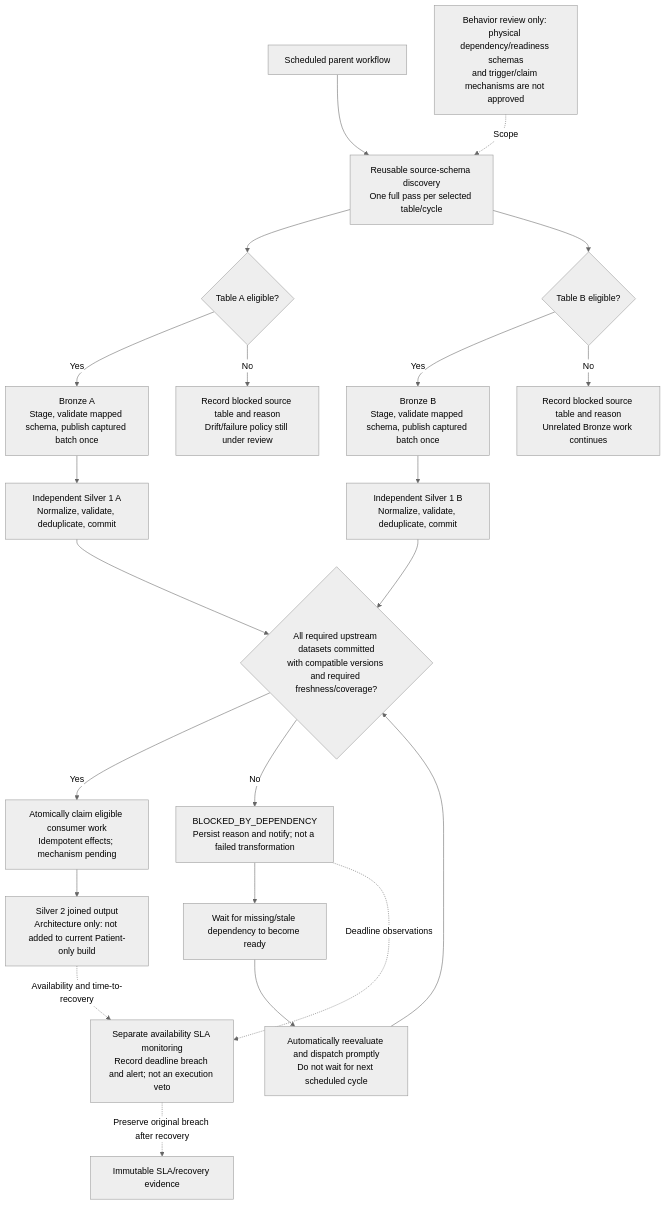
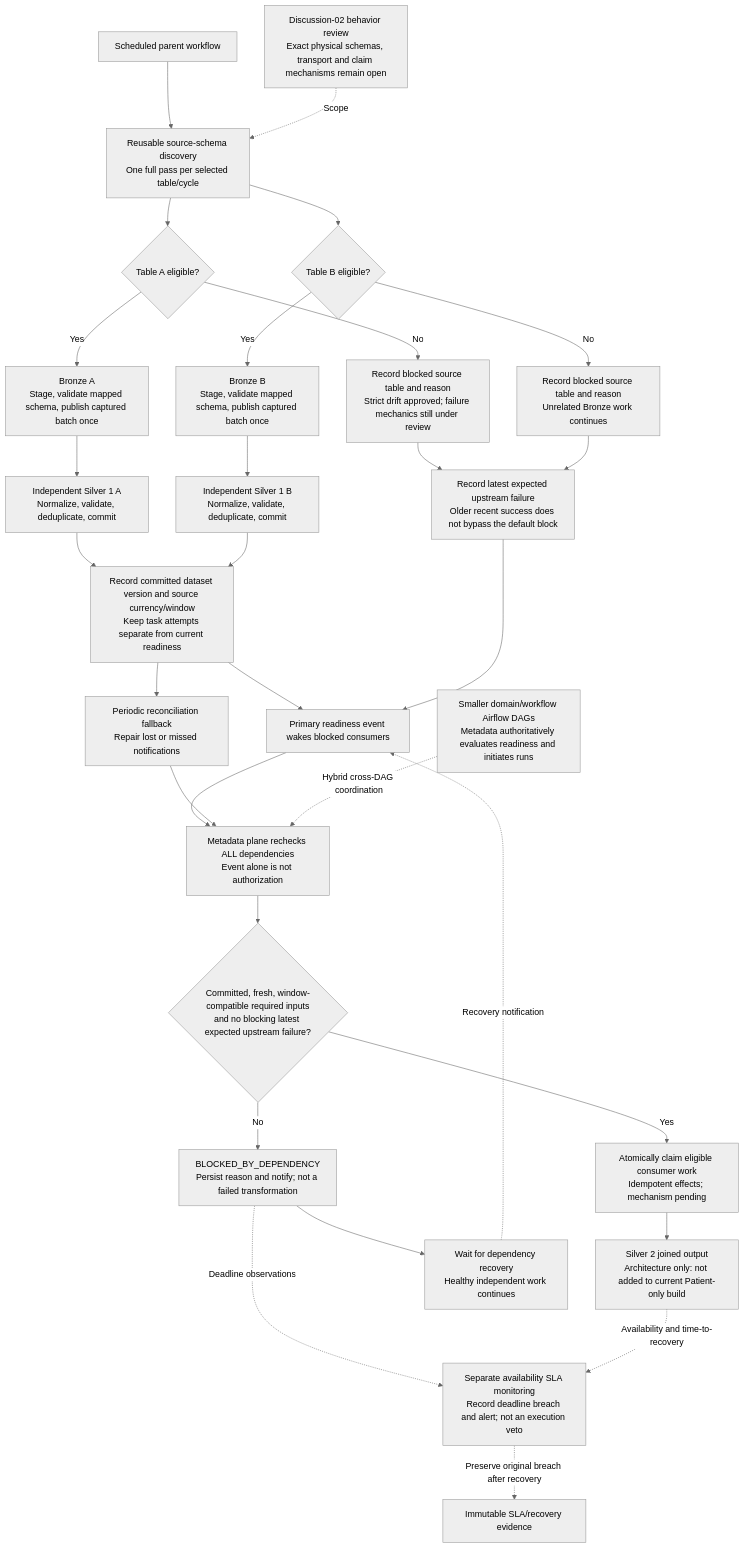
Before and after one commit to RyanMicrosoftContosoUniversity/healthcare-data-ingestion: the diagram in data-models/framework/06-orchestration.mmd, drawn with Mermaid (neutral theme). The commit also changed 16 other files, not shown here.

```diff
--- a/data-models/framework/06-orchestration.mmd
+++ b/data-models/framework/06-orchestration.mmd
@@ -1,24 +1,33 @@
 flowchart TD
-    NOTE["Behavior review only: physical dependency/readiness schemas<br/>and trigger/claim mechanisms are not approved"]
+    NOTE["Discussion-02 behavior review<br/>Exact physical schemas, transport and claim mechanisms remain open"]
     START["Scheduled parent workflow"] --> DISC["Reusable source-schema discovery<br/>One full pass per selected table/cycle"]
     DISC --> A{"Table A eligible?"}
     DISC --> B{"Table B eligible?"}
     A -- Yes --> BA["Bronze A<br/>Stage, validate mapped schema, publish captured batch once"]
     B -- Yes --> BB["Bronze B<br/>Stage, validate mapped schema, publish captured batch once"]
-    A -- No --> AB["Record blocked source table and reason<br/>Drift/failure policy still under review"]
+    A -- No --> AB["Record blocked source table and reason<br/>Strict drift approved; failure mechanics still under review"]
     B -- No --> BBLOCK["Record blocked source table and reason<br/>Unrelated Bronze work continues"]
     BA --> S1A["Independent Silver 1 A<br/>Normalize, validate, deduplicate, commit"]
     BB --> S1B["Independent Silver 1 B<br/>Normalize, validate, deduplicate, commit"]
-    S1A --> READY{"All required upstream datasets committed<br/>with compatible versions and required freshness/coverage?"}
-    S1B --> READY
+    S1A --> STATE["Record committed dataset version and source currency/window<br/>Keep task attempts separate from current readiness"]
+    S1B --> STATE
+    AB --> FAILED["Record latest expected upstream failure<br/>Older recent success does not bypass the default block"]
+    BBLOCK --> FAILED
+    STATE --> EVENT["Primary readiness event wakes blocked consumers"]
+    FAILED --> EVENT
+    STATE --> RECON["Periodic reconciliation fallback<br/>Repair lost or missed notifications"]
+    EVENT --> RECHECK["Metadata plane rechecks ALL dependencies<br/>Event alone is not authorization"]
+    RECON --> RECHECK
+    RECHECK --> READY{"Committed, fresh, window-compatible required inputs<br/>and no blocking latest expected upstream failure?"}
     READY -- Yes --> CLAIM["Atomically claim eligible consumer work<br/>Idempotent effects; mechanism pending"]
     CLAIM --> S2["Silver 2 joined output<br/>Architecture only: not added to current Patient-only build"]
     READY -- No --> BLOCK["BLOCKED_BY_DEPENDENCY<br/>Persist reason and notify; not a failed transformation"]
-    BLOCK --> WAIT["Wait for missing/stale dependency to become ready"]
-    WAIT --> REEVAL["Automatically reevaluate and dispatch promptly<br/>Do not wait for next scheduled cycle"]
-    REEVAL --> READY
+    BLOCK --> WAIT["Wait for dependency recovery<br/>Healthy independent work continues"]
+    WAIT -. Recovery notification .-> EVENT
     SLA["Separate availability SLA monitoring<br/>Record deadline breach and alert; not an execution veto"]
     BLOCK -. Deadline observations .-> SLA
     S2 -. Availability and time-to-recovery .-> SLA
     SLA -. Preserve original breach after recovery .-> HISTORY["Immutable SLA/recovery evidence"]
     NOTE -. Scope .-> DISC
+    COORD["Smaller domain/workflow Airflow DAGs<br/>Metadata authoritatively evaluates readiness and initiates runs"]
+    COORD -. Hybrid cross-DAG coordination .-> RECHECK
```
